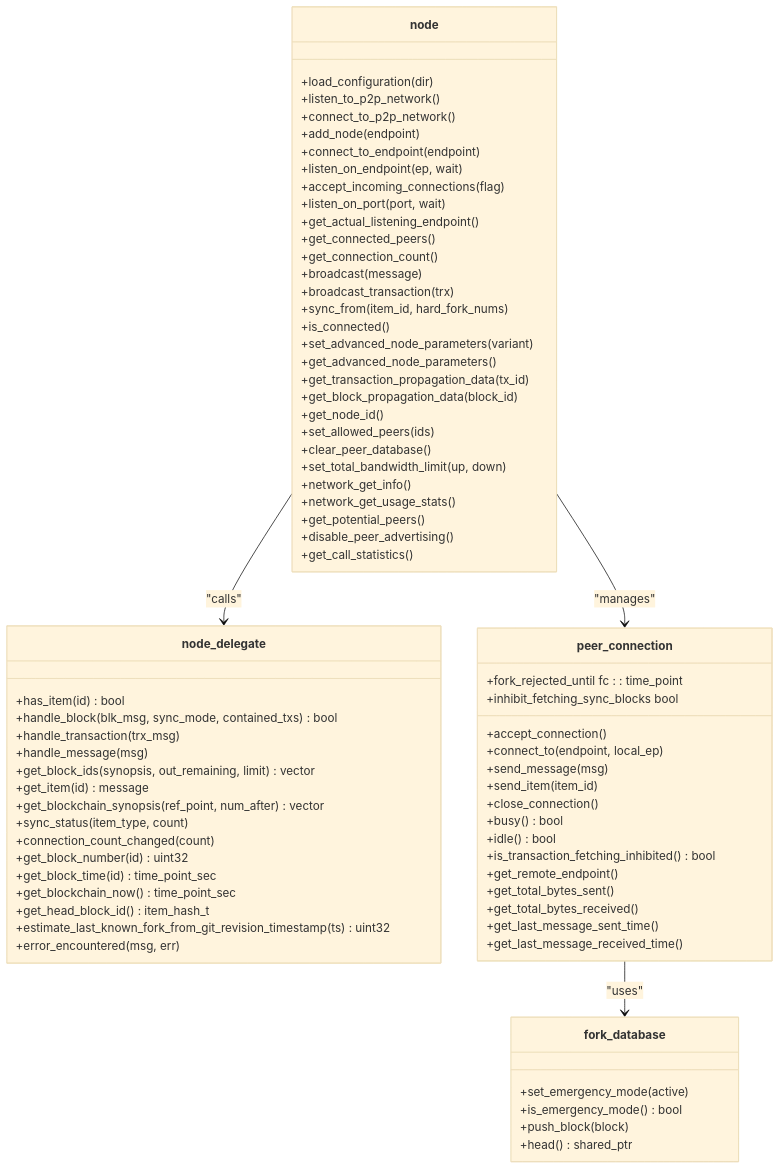
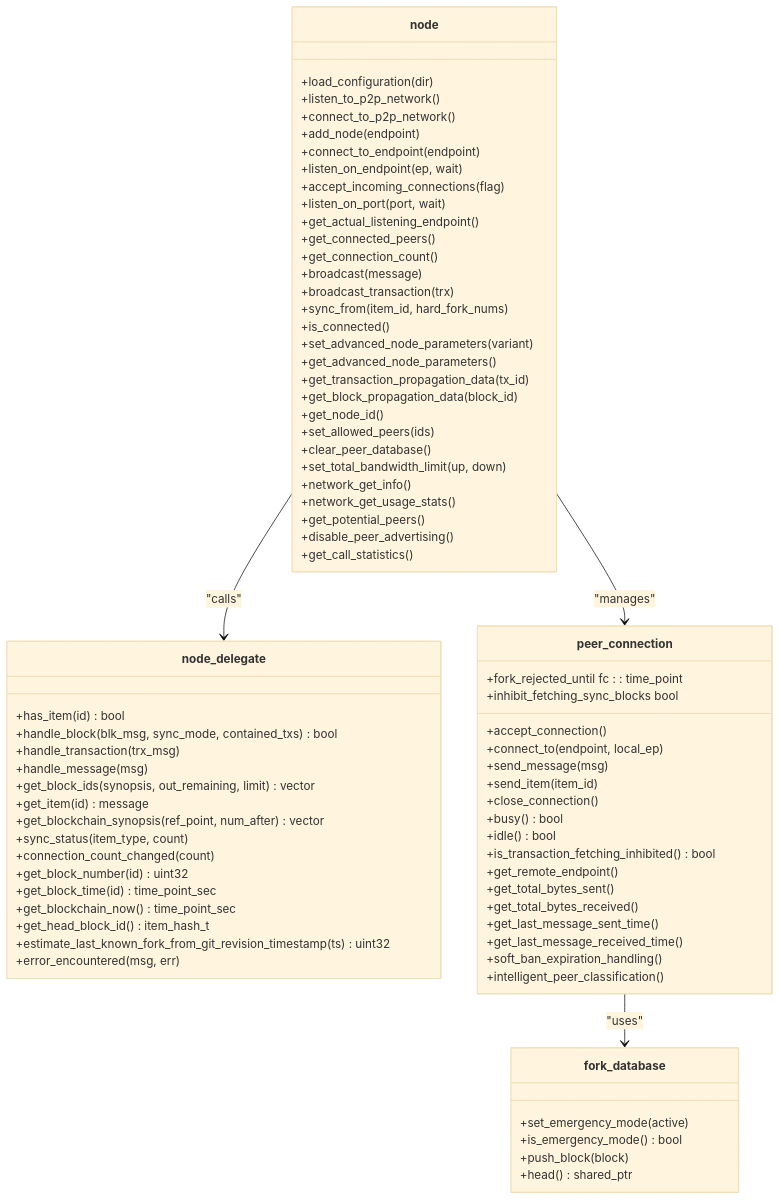
One commit to VIZ-Blockchain/viz-cpp-node changed the second of 13 diagrams in .qoder/repowiki/en/content/Architecture Overview/Core Libraries/Network Library/Node Management.md. Above: the diagram before and after it, drawn with Mermaid (base theme). The commit also changed other lines of this file and 4 other files, not shown here.

````diff
--- a/.qoder/repowiki/en/content/Architecture Overview/Core Libraries/Network Library/Node Management.md
+++ b/.qoder/repowiki/en/content/Architecture Overview/Core Libraries/Network Library/Node Management.md
@@ -126,76 +129,78 @@
 ```mermaid
 classDiagram
 class node {
 +load_configuration(dir)
 +listen_to_p2p_network()
 +connect_to_p2p_network()
 +add_node(endpoint)
 +connect_to_endpoint(endpoint)
 +listen_on_endpoint(ep, wait)
 +accept_incoming_connections(flag)
 +listen_on_port(port, wait)
 +get_actual_listening_endpoint()
 +get_connected_peers()
 +get_connection_count()
 +broadcast(message)
 +broadcast_transaction(trx)
 +sync_from(item_id, hard_fork_nums)
 +is_connected()
 +set_advanced_node_parameters(variant)
 +get_advanced_node_parameters()
 +get_transaction_propagation_data(tx_id)
 +get_block_propagation_data(block_id)
 +get_node_id()
 +set_allowed_peers(ids)
 +clear_peer_database()
 +set_total_bandwidth_limit(up, down)
 +network_get_info()
 +network_get_usage_stats()
 +get_potential_peers()
 +disable_peer_advertising()
 +get_call_statistics()
 }
 class node_delegate {
 +has_item(id) bool
 +handle_block(blk_msg, sync_mode, contained_txs) bool
 +handle_transaction(trx_msg)
 +handle_message(msg)
 +get_block_ids(synopsis, out_remaining, limit) vector
 +get_item(id) message
 +get_blockchain_synopsis(ref_point, num_after) vector
 +sync_status(item_type, count)
 +connection_count_changed(count)
 +get_block_number(id) uint32
 +get_block_time(id) time_point_sec
 +get_blockchain_now() time_point_sec
 +get_head_block_id() item_hash_t
 +estimate_last_known_fork_from_git_revision_timestamp(ts) uint32
 +error_encountered(msg, err)
 }
 class peer_connection {
 +accept_connection()
 +connect_to(endpoint, local_ep)
 +send_message(msg)
 +send_item(item_id)
 +close_connection()
 +busy() bool
 +idle() bool
 +is_transaction_fetching_inhibited() bool
 +get_remote_endpoint()
 +get_total_bytes_sent()
 +get_total_bytes_received()
 +get_last_message_sent_time()
 +get_last_message_received_time()
 +fork_rejected_until fc : : time_point
 +inhibit_fetching_sync_blocks bool
++soft_ban_expiration_handling()
++intelligent_peer_classification()
 }
 class fork_database {
 +set_emergency_mode(active)
 +is_emergency_mode() bool
 +push_block(block)
 +head() shared_ptr
 }
 node --> node_delegate : "calls"
 node --> peer_connection : "manages"
 peer_connection --> fork_database : "uses"
 ```
````
